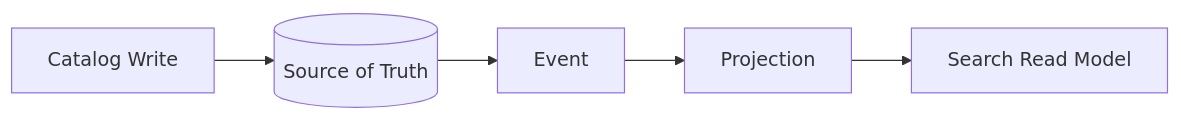
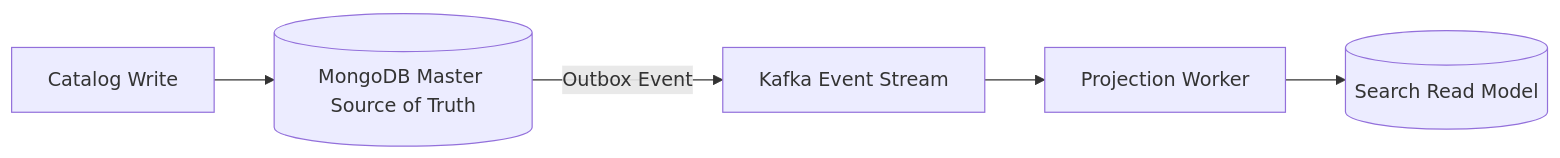
The third of 4 diagrams in docs/search/overview.md (shashikunal/rest-ecommerce-api), drawn with Mermaid before and after one commit. The commit also changed other lines of this file and 25 other files, not shown here.

````diff
--- a/docs/search/overview.md
+++ b/docs/search/overview.md
@@ -17,4 +67,7 @@
 ```mermaid
 flowchart LR
-  Write[Catalog Write]-->Truth[(Source of Truth)]-->Event-->Projection-->ReadModel[Search Read Model]
+  Write[Catalog Write]-->Truth[(MongoDB Master Source of Truth)]
+  Truth-- Outbox Event -->Kafka[Kafka Event Stream]
+  Kafka-->ProjectionWorker[Projection Worker]
+  ProjectionWorker-->ReadModel[(Search Read Model)]
 ```
````
